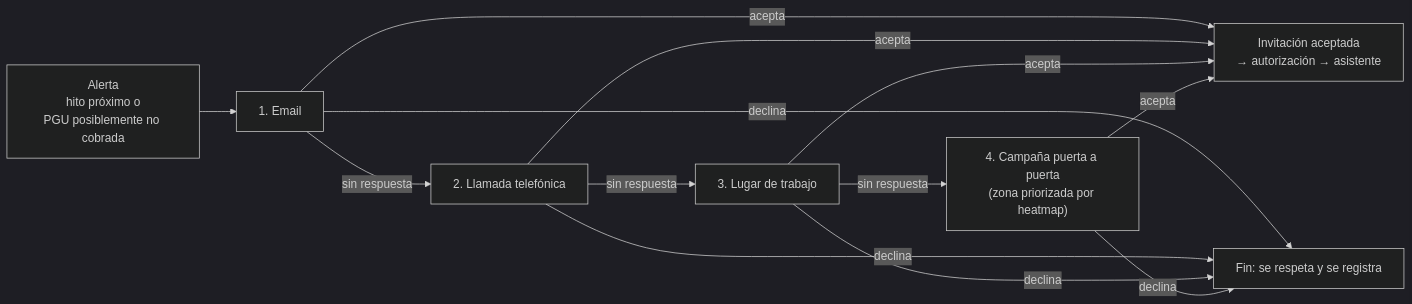
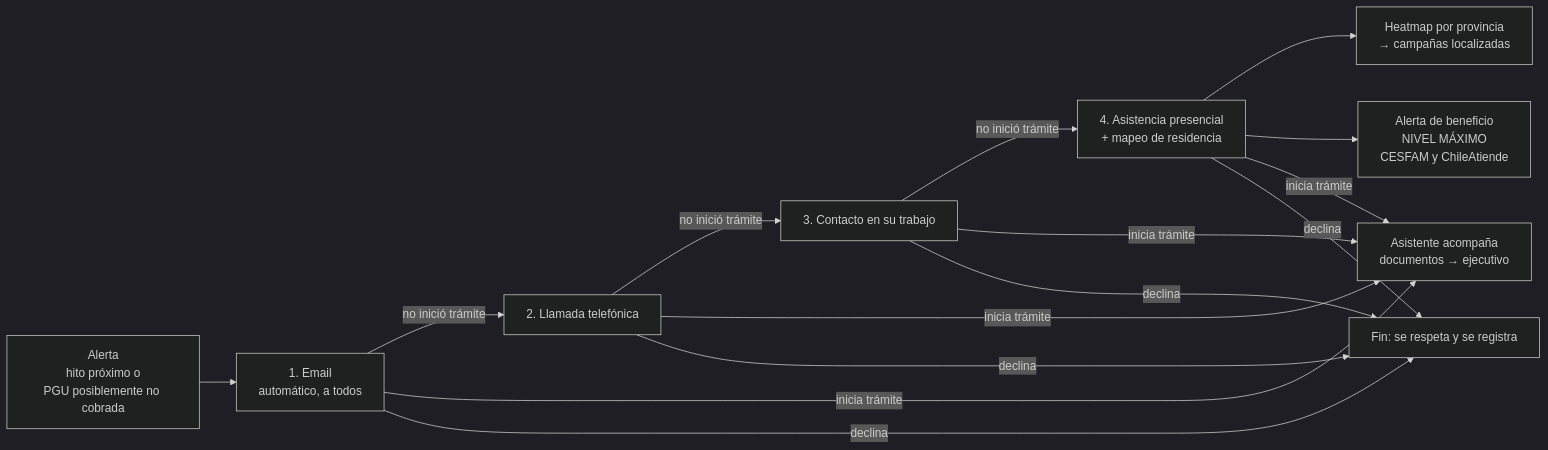
Before and after one commit to brunoponcem/hackaton-aws: the diagram in 20-arquitectura/contacto-y-campanas.md, drawn with Mermaid (dark theme). The commit also changed other lines of this file and 10 other files, not shown here.

````diff
--- a/20-arquitectura/contacto-y-campanas.md
+++ b/20-arquitectura/contacto-y-campanas.md
@@ -11,9 +18,11 @@
 ```mermaid
 flowchart LR
-  AL["Alerta<br/>hito próximo o<br/>PGU posiblemente no cobrada"] --> E1["1. Email"]
-  E1 -- sin respuesta --> E2["2. Llamada telefónica"]
-  E2 -- sin respuesta --> E3["3. Lugar de trabajo"]
-  E3 -- sin respuesta --> E4["4. Campaña puerta a puerta<br/>(zona priorizada por heatmap)"]
-  E1 & E2 & E3 & E4 -- acepta --> AC["Invitación aceptada<br/>→ autorización → asistente"]
+  AL["Alerta<br/>hito próximo o<br/>PGU posiblemente no cobrada"] --> E1["1. Email<br/>automático, a todos"]
+  E1 -- no inició trámite --> E2["2. Llamada telefónica"]
+  E2 -- no inició trámite --> E3["3. Contacto en su trabajo"]
+  E3 -- no inició trámite --> E4["4. Asistencia presencial<br/>+ mapeo de residencia"]
+  E4 --> HM["Heatmap por provincia<br/>→ campañas localizadas"]
+  E4 --> AM["Alerta de beneficio<br/>NIVEL MÁXIMO<br/>CESFAM y ChileAtiende"]
+  E1 & E2 & E3 & E4 -- inicia trámite --> TR["Asistente acompaña<br/>documentos → ejecutivo"]
   E1 & E2 & E3 & E4 -- declina --> FIN["Fin: se respeta y se registra"]
 ```
````
